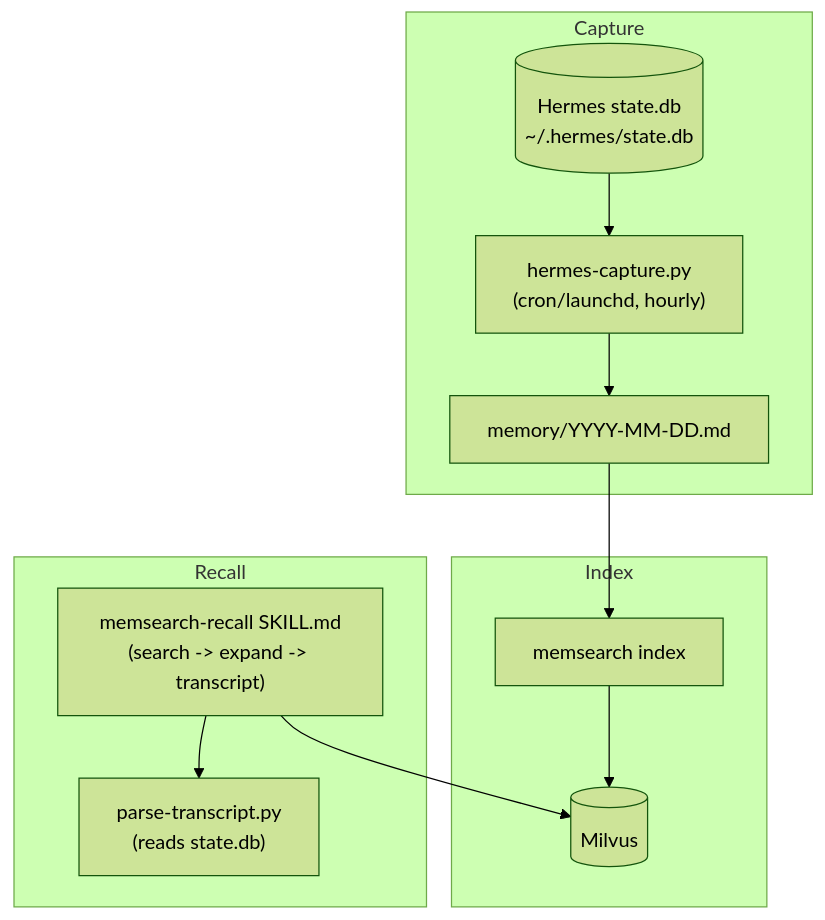
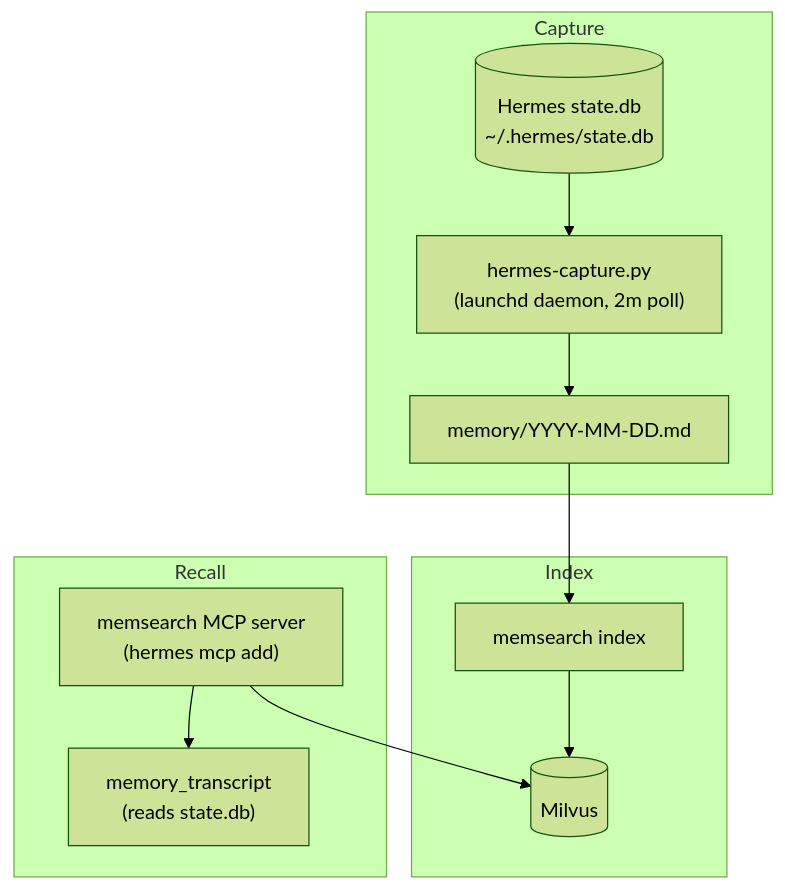
One commit to arrrrny/memsearch changed the diagram in docs/platforms/hermes/how-it-works.md. Above: the diagram before and after it, drawn with Mermaid (forest theme). The commit also changed other lines of this file and 10 other files, not shown here.

First line of the commit message:
feat(hermes): MCP server recall — the plugin is now MCP-based (Zed model)

````diff
--- a/docs/platforms/hermes/how-it-works.md
+++ b/docs/platforms/hermes/how-it-works.md
@@ -5,15 +5,15 @@
 ```mermaid
 graph TB
   subgraph "Capture"
-    DB[("Hermes state.db<br/>~/.hermes/state.db")] --> CRON["hermes-capture.py<br/>(cron/launchd, hourly)"]
-    CRON --> MD["memory/YYYY-MM-DD.md"]
+    DB[("Hermes state.db<br/>~/.hermes/state.db")] --> DAEMON["hermes-capture.py<br/>(launchd daemon, 2m poll)"]
+    DAEMON --> MD["memory/YYYY-MM-DD.md"]
   end
   subgraph "Index"
     MD --> INDEX["memsearch index"]
     INDEX --> MIL[(Milvus)]
   end
   subgraph "Recall"
-    SKILL["memsearch-recall SKILL.md<br/>(search -> expand -> transcript)"] --> MIL
-    SKILL --> PARSE["parse-transcript.py<br/>(reads state.db)"]
+    MCP["memsearch MCP server<br/>(hermes mcp add)"] --> MIL
+    MCP --> PARSE["memory_transcript<br/>(reads state.db)"]
   end
 ```
````
